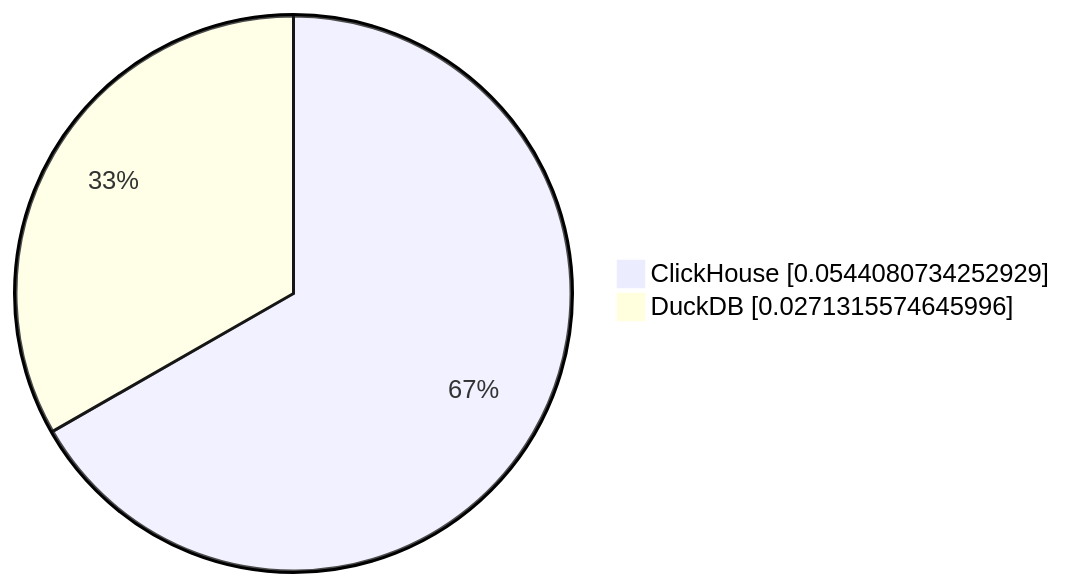
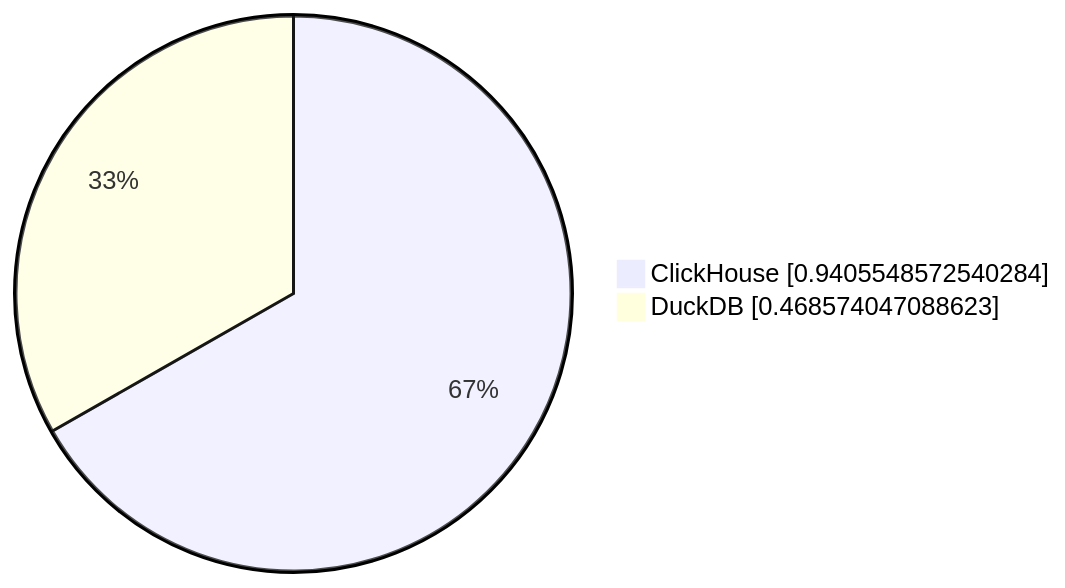
Before and after one commit to Altinity/clickhouse-regression: the first of 10 diagrams in parquet/performance/results/README.md, drawn with Mermaid. The commit also changed other lines of this file and 4 other files, not shown here.

````diff
--- a/parquet/performance/results/README.md
+++ b/parquet/performance/results/README.md
@@ -8,5 +10,5 @@
 ```mermaid
      pie showData
-         "ClickHouse" : 0.0544080734252929
-         "DuckDB" : 0.0271315574645996
+         "ClickHouse" : 0.9405548572540284
+         "DuckDB" : 0.468574047088623
 ```
````
